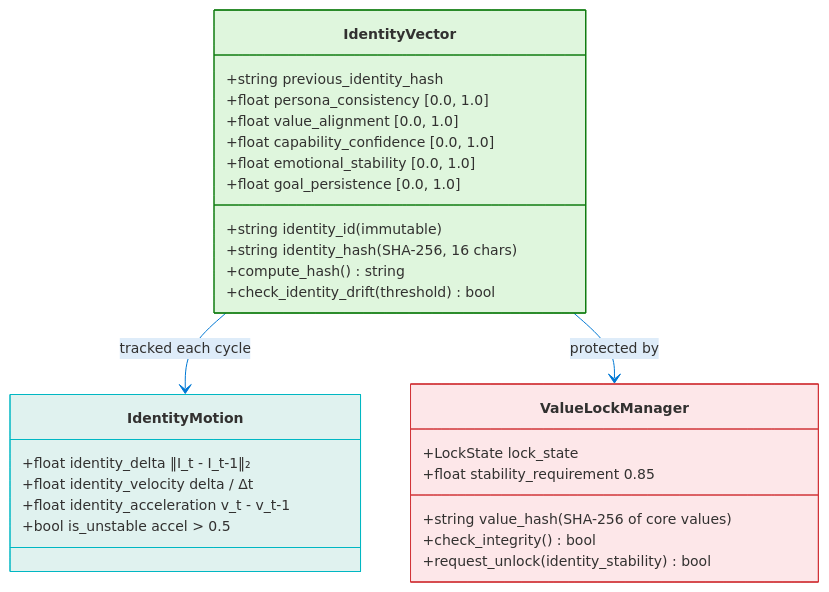
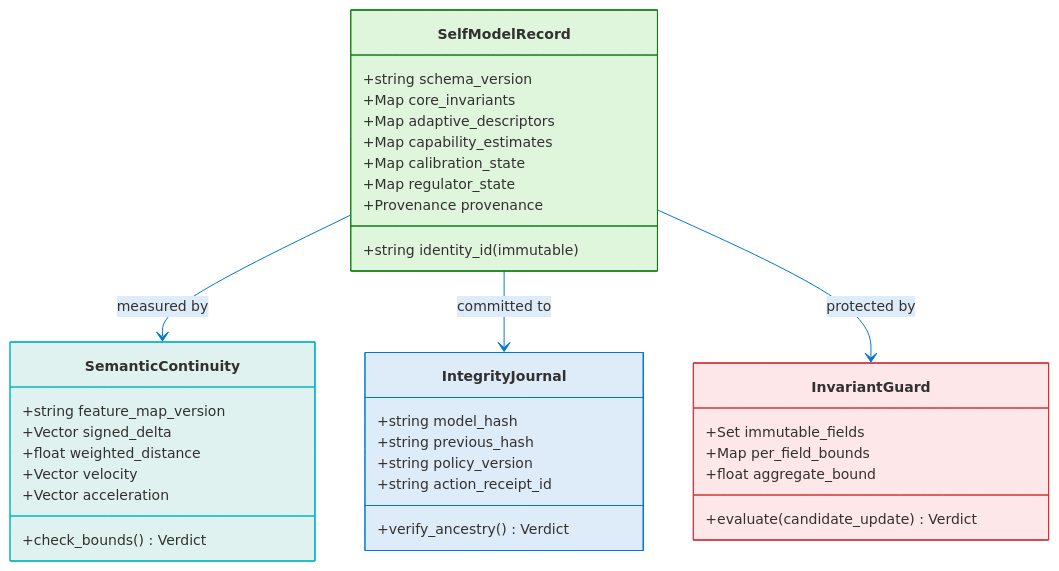
Before and after one commit to dotnetpower/mscp: the ninth of 19 diagrams in docs/levels/Level_3_Self_Regulating_Agent.md, drawn with Mermaid. The commit also changed other lines of this file and 21 other files, not shown here.

````diff
--- a/docs/levels/Level_3_Self_Regulating_Agent.md
+++ b/docs/levels/Level_3_Self_Regulating_Agent.md
@@ -656,38 +723,47 @@
 ```mermaid
 %%{init: {'theme': 'base', 'themeVariables': {'primaryColor': '#0078D4', 'primaryTextColor': '#003D6B', 'primaryBorderColor': '#003D6B', 'secondaryColor': '#50E6FF', 'secondaryTextColor': '#323130', 'secondaryBorderColor': '#00BCF2', 'tertiaryColor': '#F2F2F2', 'tertiaryTextColor': '#323130', 'lineColor': '#0078D4', 'textColor': '#323130', 'mainBkg': '#DEECF9', 'nodeBorder': '#0078D4', 'clusterBkg': '#F2F2F2', 'clusterBorder': '#003D6B', 'titleColor': '#003D6B', 'edgeLabelBackground': '#FFFFFF', 'fontSize': '14px'}}}%%
 classDiagram
-  class IdentityVector {
+  class SelfModelRecord {
     +string identity_id (immutable)
-    +string identity_hash (SHA-256, 16 chars)
-    +string previous_identity_hash
-    +float persona_consistency [0.0, 1.0]
-    +float value_alignment [0.0, 1.0]
-    +float capability_confidence [0.0, 1.0]
-    +float emotional_stability [0.0, 1.0]
-    +float goal_persistence [0.0, 1.0]
-    +compute_hash() string
-    +check_identity_drift(threshold) bool
+    +string schema_version
+    +Map core_invariants
+    +Map adaptive_descriptors
+    +Map capability_estimates
+    +Map calibration_state
+    +Map regulator_state
+    +Provenance provenance
   }
 
-  class IdentityMotion {
-    +float identity_delta ‖I_t - I_t-1‖₂
-    +float identity_velocity delta / Δt
-    +float identity_acceleration v_t - v_t-1
-    +bool is_unstable accel > 0.5
+  class SemanticContinuity {
+    +string feature_map_version
+    +Vector signed_delta
+    +float weighted_distance
+    +Vector velocity
+    +Vector acceleration
+    +check_bounds() Verdict
   }
 
-  class ValueLockManager {
-    +LockState lock_state
-    +string value_hash (SHA-256 of core values)
-    +float stability_requirement 0.85
-    +check_integrity() bool
-    +request_unlock(identity_stability) bool
+  class IntegrityJournal {
+    +string model_hash
+    +string previous_hash
+    +string policy_version
+    +string action_receipt_id
+    +verify_ancestry() Verdict
   }
 
-  IdentityVector --> IdentityMotion : tracked each cycle
-  IdentityVector --> ValueLockManager : protected by
+  class InvariantGuard {
+    +Set immutable_fields
+    +Map per_field_bounds
+    +float aggregate_bound
+    +evaluate(candidate_update) Verdict
+  }
 
-  style IdentityVector fill:#DFF6DD,stroke:#107C10,color:#323130
-  style IdentityMotion fill:#E0F2EF,stroke:#00B7C3,color:#323130
-  style ValueLockManager fill:#FDE7E9,stroke:#D13438,color:#323130
+  SelfModelRecord --> SemanticContinuity : measured by
+  SelfModelRecord --> IntegrityJournal : committed to
+  SelfModelRecord --> InvariantGuard : protected by
+
+  style SelfModelRecord fill:#DFF6DD,stroke:#107C10,color:#323130
+  style SemanticContinuity fill:#E0F2EF,stroke:#00B7C3,color:#323130
+  style IntegrityJournal fill:#DEECF9,stroke:#0078D4,color:#323130
+  style InvariantGuard fill:#FDE7E9,stroke:#D13438,color:#323130
 ```
````
